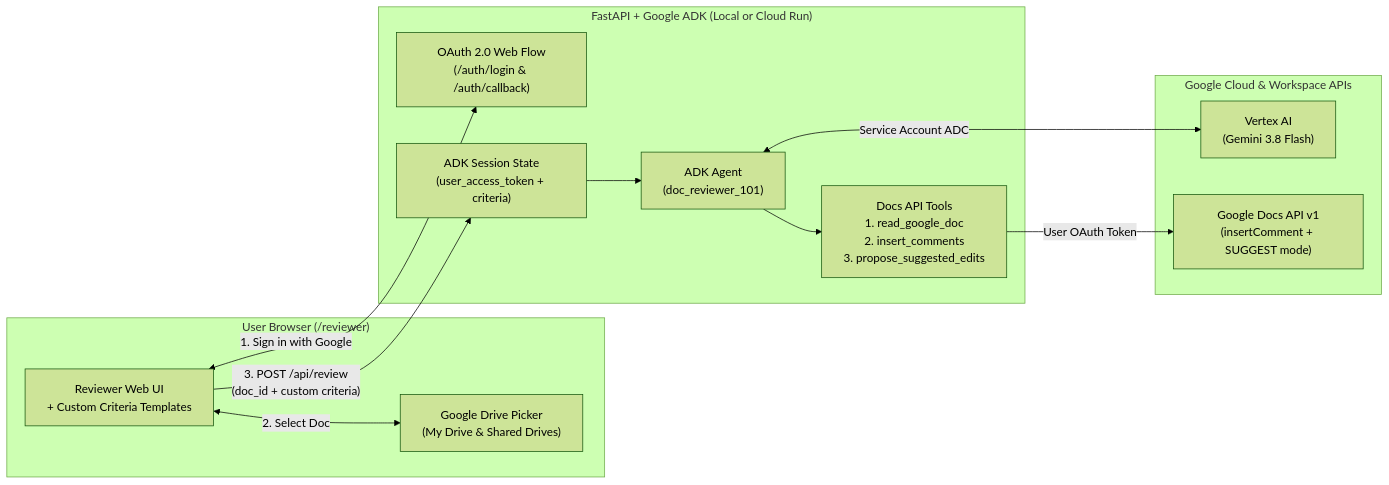
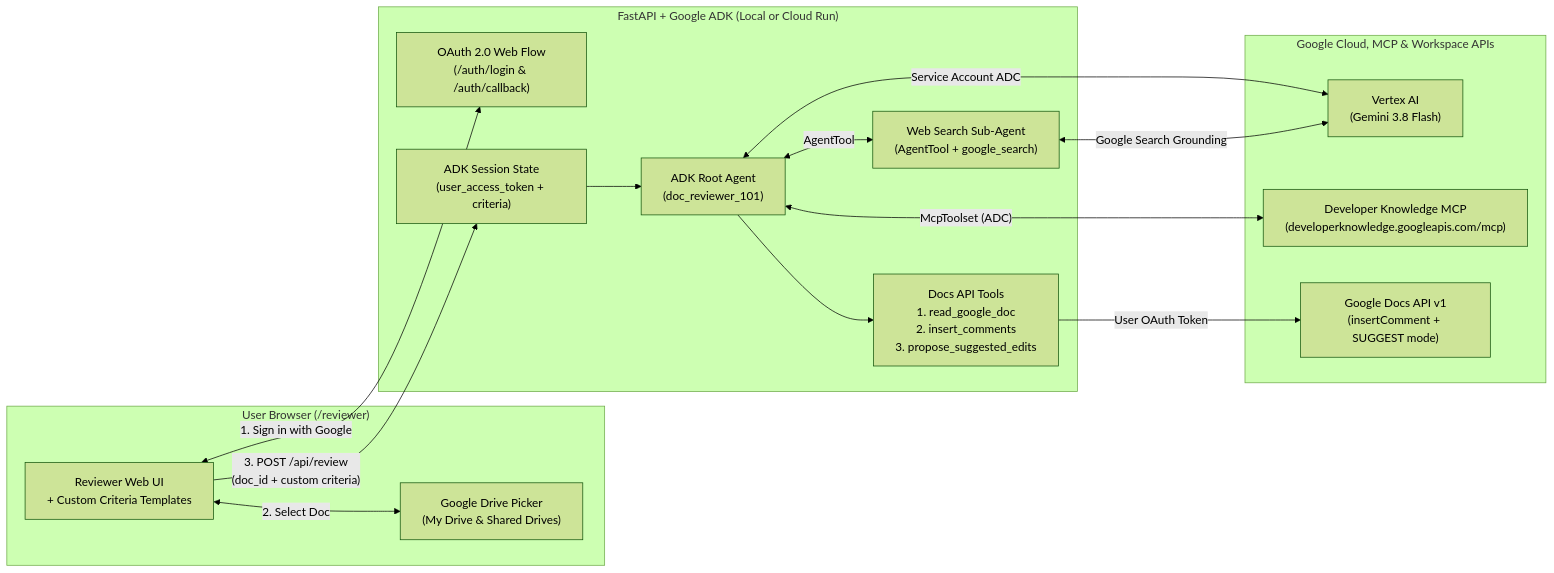
The diagram in README.md (rominirani/doc-reviewer-101), drawn with Mermaid (forest theme) before and after one commit. The commit also changed other lines of this file and 6 other files, not shown here.

Commit message:
Add Hybrid Fact-Checking with Developer Knowledge MCP and Google Search Grounding

````diff
--- a/README.md
+++ b/README.md
@@ -15,27 +20,32 @@
 ```mermaid
 flowchart LR
     subgraph Browser["User Browser (/reviewer)"]
         UI["Reviewer Web UI\n+ Custom Criteria Templates"]
         Picker["Google Drive Picker\n(My Drive & Shared Drives)"]
     end
 
     subgraph CloudRun["FastAPI + Google ADK (Local or Cloud Run)"]
         Auth["OAuth 2.0 Web Flow\n(/auth/login & /auth/callback)"]
         State["ADK Session State\n(user_access_token + criteria)"]
-        Agent["ADK Agent\n(doc_reviewer_101)"]
+        Agent["ADK Root Agent\n(doc_reviewer_101)"]
+        SearchAgent["Web Search Sub-Agent\n(AgentTool + google_search)"]
         Tools["Docs API Tools\n1. read_google_doc\n2. insert_comments\n3. propose_suggested_edits"]
     end
 
-    subgraph GCP["Google Cloud & Workspace APIs"]
+    subgraph GCP["Google Cloud, MCP & Workspace APIs"]
         Vertex["Vertex AI\n(Gemini 3.8 Flash)"]
+        DevKnow["Developer Knowledge MCP\n(developerknowledge.googleapis.com/mcp)"]
         DocsAPI["Google Docs API v1\n(insertComment + SUGGEST mode)"]
     end
 
     UI <-->|"1. Sign in with Google"| Auth
     UI <-->|"2. Select Doc"| Picker
     UI -->|"3. POST /api/review\n(doc_id + custom criteria)"| State
     State --> Agent
     Agent <-->|"Service Account ADC"| Vertex
+    Agent <-->|"McpToolset (ADC)"| DevKnow
+    Agent <-->|"AgentTool"| SearchAgent
+    SearchAgent <-->|"Google Search Grounding"| Vertex
     Agent --> Tools
     Tools -->|"User OAuth Token"| DocsAPI
 ```
````
